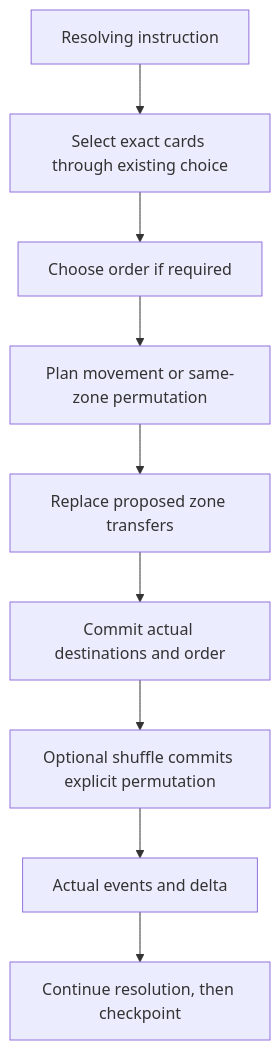
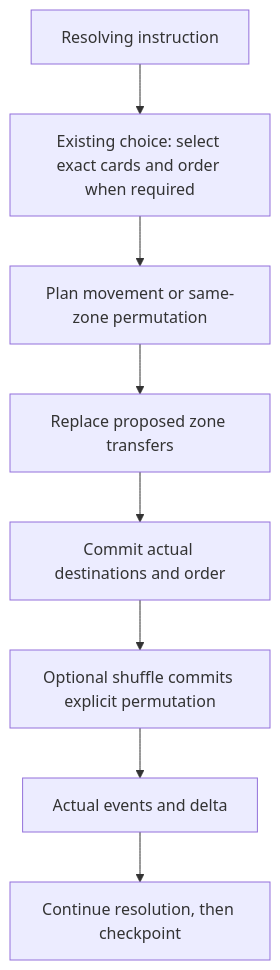
One commit to sschan39/card-game changed the diagram in docs/development/8.1-zones-and-library.md. Above: the diagram before and after it, drawn with Mermaid. The commit also changed other lines of this file and 8 other files, not shown here.

````diff
--- a/docs/development/8.1-zones-and-library.md
+++ b/docs/development/8.1-zones-and-library.md
@@ -42,11 +42,10 @@
 ```mermaid
 flowchart TD
-  A[Resolving instruction] --> B[Select exact cards through existing choice]
-  B --> C[Choose order if required]
-  C --> D[Plan movement or same-zone permutation]
+  A[Resolving instruction] --> B[Existing choice: select exact cards and order when required]
+  B --> D[Plan movement or same-zone permutation]
   D --> E[Replace proposed zone transfers]
   E --> F[Commit actual destinations and order]
   F --> G[Optional shuffle commits explicit permutation]
   G --> H[Actual events and delta]
   H --> I[Continue resolution, then checkpoint]
 ```
````
